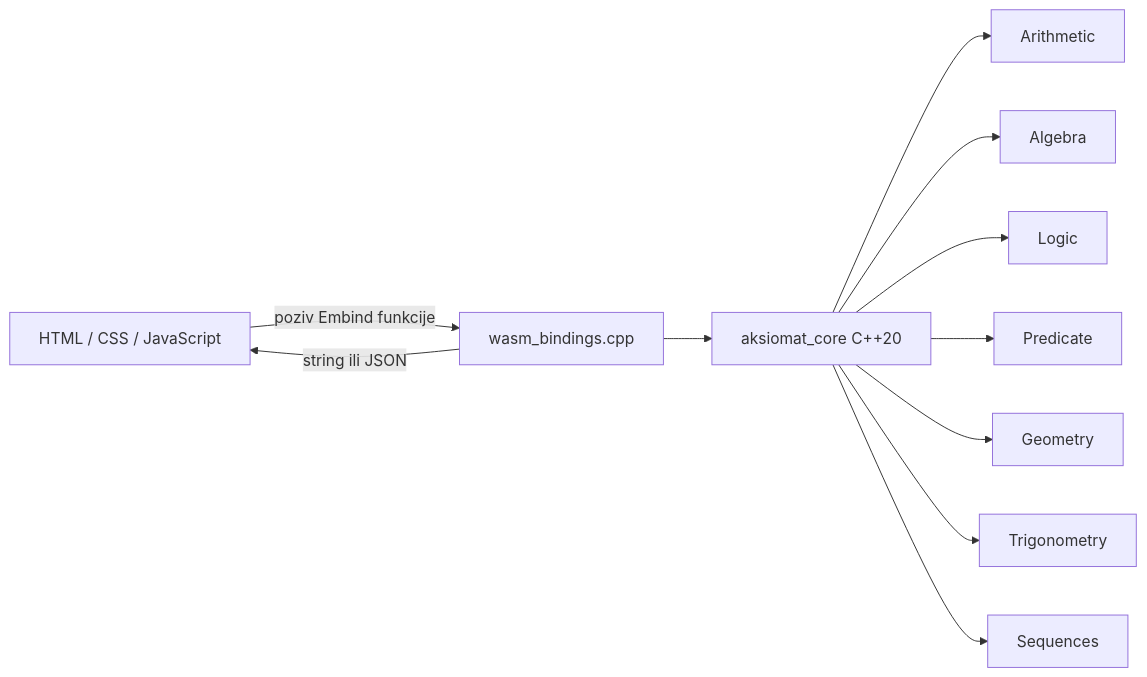
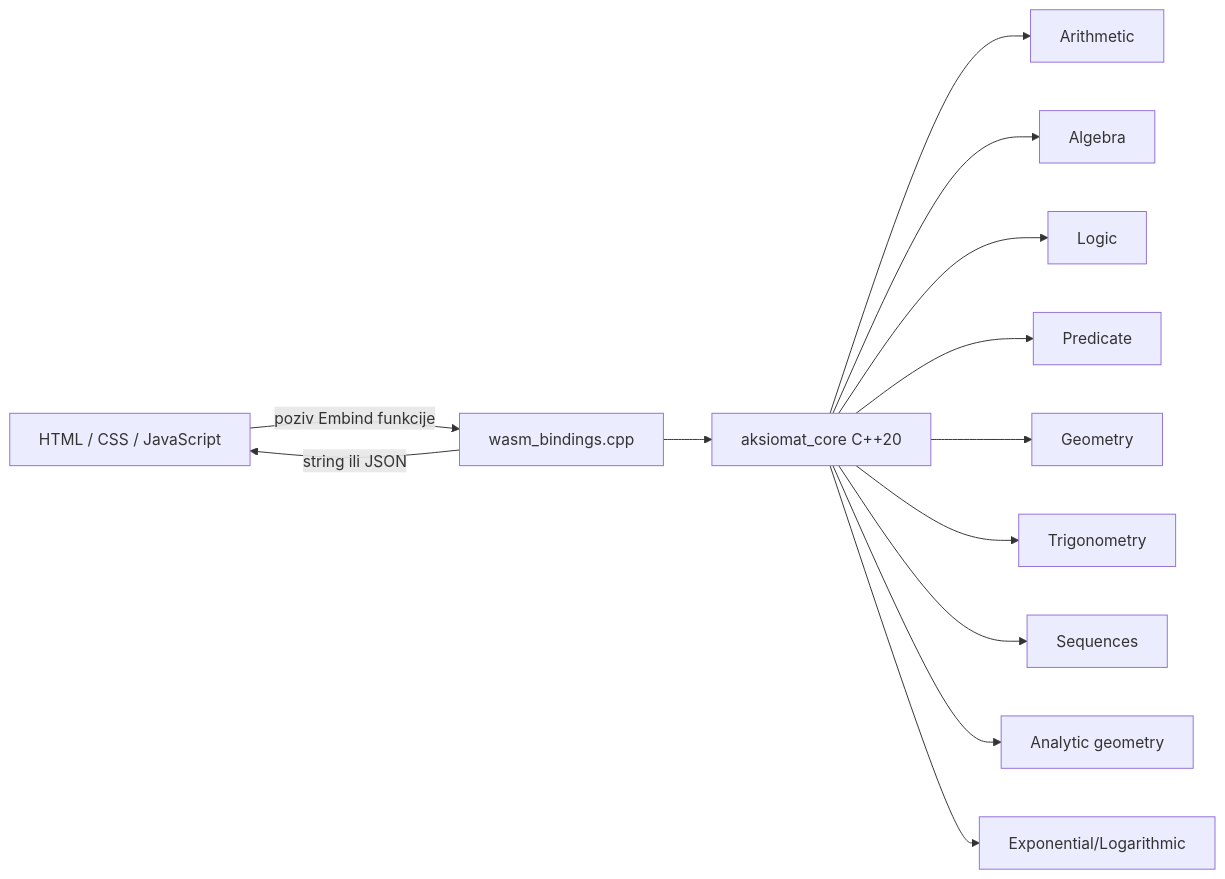
One commit to StjepanVelc/MathEngine changed the first of 3 diagrams in docs/architecture.md. Above: the diagram before and after it, drawn with Mermaid. The commit also changed 51 other files, not shown here.

````diff
--- a/docs/architecture.md
+++ b/docs/architecture.md
@@ -7,13 +7,15 @@
 ```mermaid
 flowchart LR
 	UI[HTML / CSS / JavaScript] -->|poziv Embind funkcije| WB[wasm_bindings.cpp]
 	WB --> CORE[aksiomat_core C++20]
 	CORE --> AR[Arithmetic]
 	CORE --> AL[Algebra]
 	CORE --> LO[Logic]
 	CORE --> PR[Predicate]
 	CORE --> GE[Geometry]
 	CORE --> TR[Trigonometry]
 	CORE --> SEQ[Sequences]
+	CORE --> AG[Analytic geometry]
+	CORE --> EL[Exponential/Logarithmic]
 	WB -->|string ili JSON| UI
 ```
````
